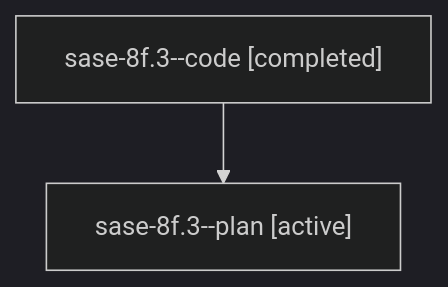
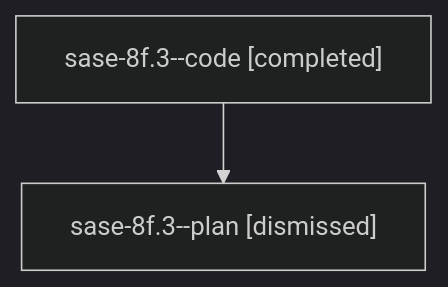
The diagram in sessions/bbugyi200.athena.sase-8f.3.md (sase-org/sase--agents), drawn with Mermaid (dark theme) before and after one commit. The commit also changed other lines of this file and 100 other files, not shown here.

````diff
--- a/sessions/bbugyi200.athena.sase-8f.3.md
+++ b/sessions/bbugyi200.athena.sase-8f.3.md
@@ -9,6 +9,6 @@
 ```mermaid
 flowchart TD
   n0["sase-8f.3--code [completed]"]
-  n1["sase-8f.3--plan [active]"]
+  n1["sase-8f.3--plan [dismissed]"]
   n0 --> n1
 ```
````
